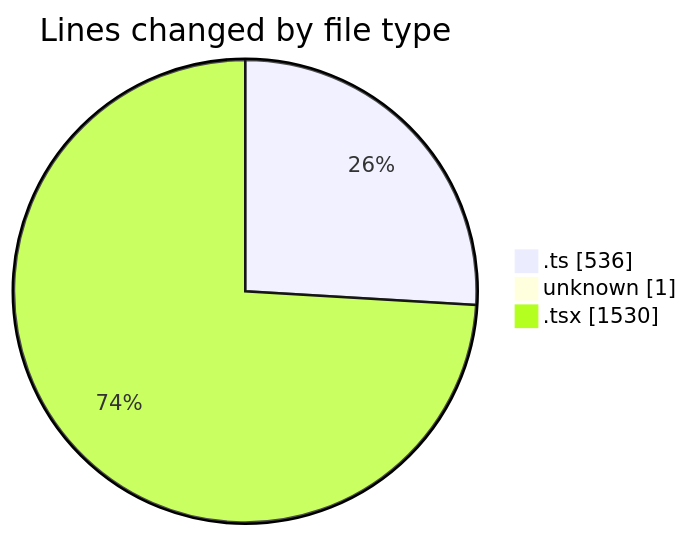
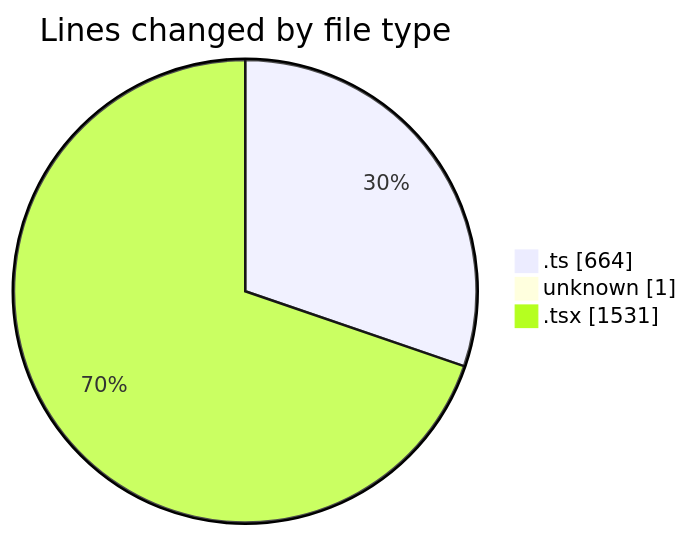
Before and after one commit to robertbonfada/code-tracking: the first of 2 diagrams in 2025-02-17/mbc-web/README.md, drawn with Mermaid. The commit also changed other lines of this file and 1 other file, not shown here.

````diff
--- a/2025-02-17/mbc-web/README.md
+++ b/2025-02-17/mbc-web/README.md
@@ -31,7 +32,7 @@
 ```mermaid
 pie showData
 title Lines changed by file type
-".ts" : 536
+".ts" : 664
 "unknown" : 1
-".tsx" : 1530
+".tsx" : 1531
 ```
````
